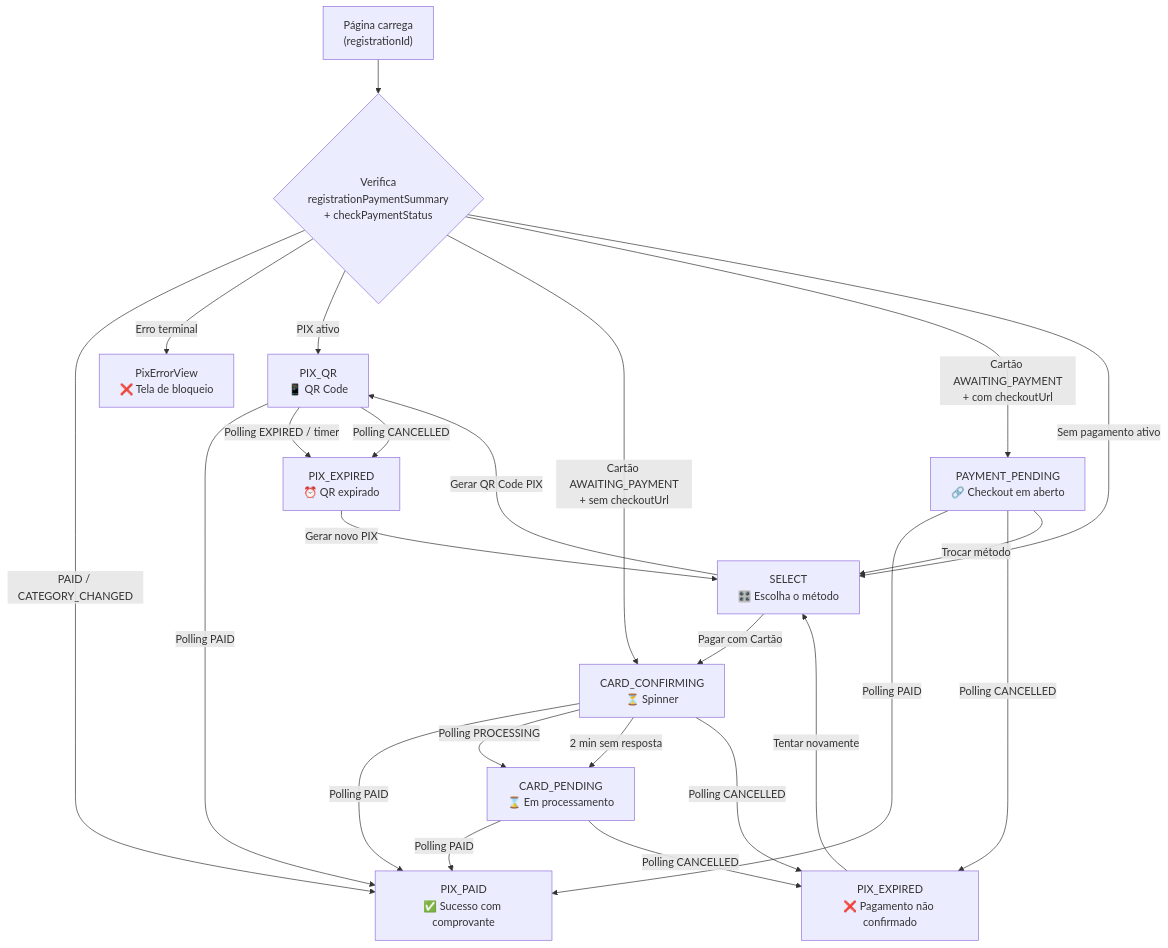
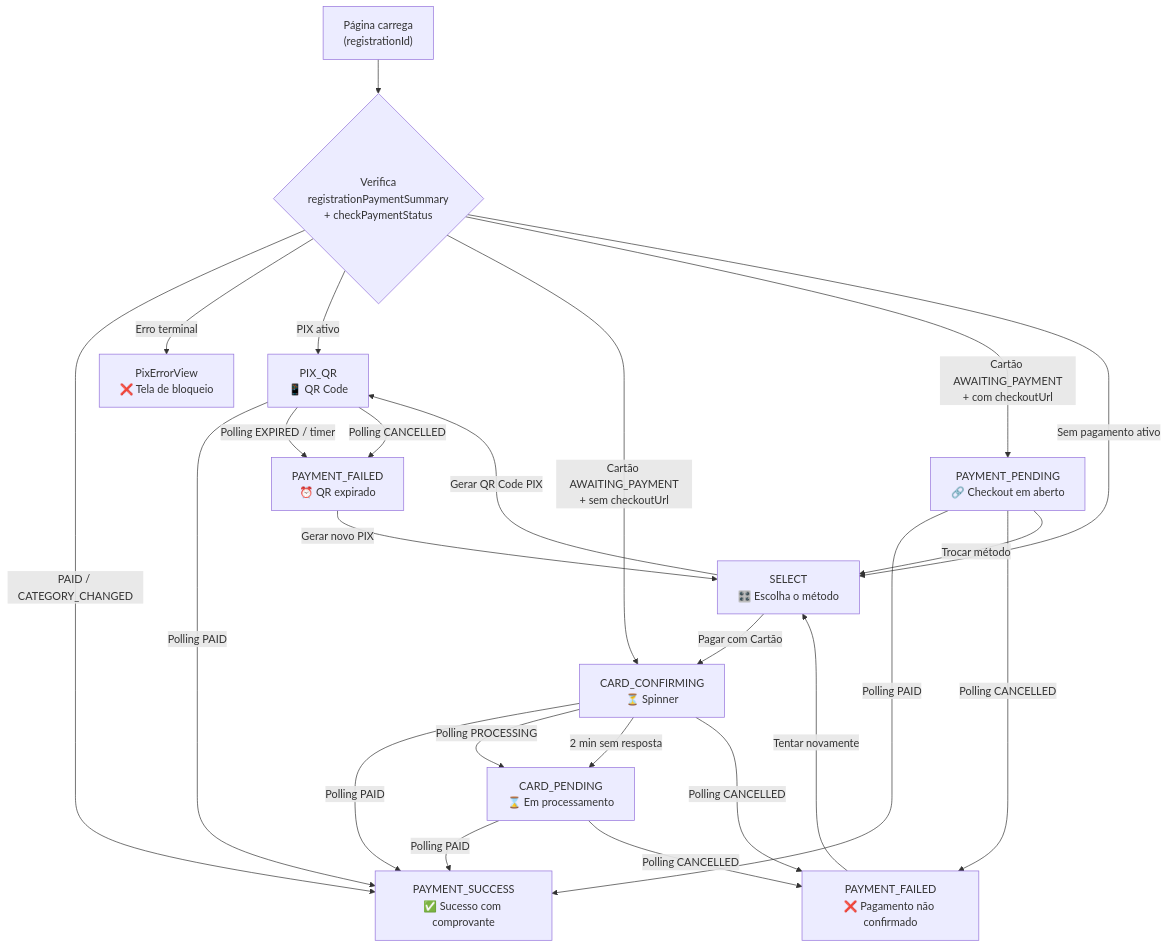
Before and after one commit to israelvcb/passogiro-mintlify-docs: the diagram in sistema/telas-pagamento.mdx, drawn with Mermaid. The commit also changed other lines of this file, not shown here.

Commit message:
fix: atualizar nomenclaturas de estados de pagamento na documentação

````diff
--- a/sistema/telas-pagamento.mdx
+++ b/sistema/telas-pagamento.mdx
@@ -12,27 +12,27 @@
 ```mermaid
 flowchart TD
   LOAD["Página carrega\n(registrationId)"] --> CHECK{Verifica\nregistrationPaymentSummary\n+ checkPaymentStatus}
-  CHECK -->|PAID / CATEGORY_CHANGED| SUCCESS["PIX_PAID\n✅ Sucesso com comprovante"]
+  CHECK -->|PAID / CATEGORY_CHANGED| SUCCESS["PAYMENT_SUCCESS\n✅ Sucesso com comprovante"]
   CHECK -->|Erro terminal| ERR["PixErrorView\n❌ Tela de bloqueio"]
   CHECK -->|PIX ativo| QR["PIX_QR\n📱 QR Code"]
   CHECK -->|Cartão AWAITING_PAYMENT\n+ sem checkoutUrl| CF["CARD_CONFIRMING\n⏳ Spinner"]
   CHECK -->|Cartão AWAITING_PAYMENT\n+ com checkoutUrl| PP["PAYMENT_PENDING\n🔗 Checkout em aberto"]
   CHECK -->|Sem pagamento ativo| SEL["SELECT\n🎛️ Escolha o método"]
 
   SEL -->|"Gerar QR Code PIX"| QR
   SEL -->|"Pagar com Cartão"| CF
   QR -->|Polling PAID| SUCCESS
-  QR -->|Polling EXPIRED / timer| EXP["PIX_EXPIRED\n⏰ QR expirado"]
+  QR -->|Polling EXPIRED / timer| EXP["PAYMENT_FAILED\n⏰ QR expirado"]
   QR -->|Polling CANCELLED| EXP
   EXP -->|"Gerar novo PIX"| SEL
   CF -->|Polling PAID| SUCCESS
   CF -->|Polling PROCESSING| CP["CARD_PENDING\n⌛ Em processamento"]
   CF -->|"2 min sem resposta"| CP
-  CF -->|Polling CANCELLED| EXP2["PIX_EXPIRED\n❌ Pagamento não confirmado"]
+  CF -->|Polling CANCELLED| EXP2["PAYMENT_FAILED\n❌ Pagamento não confirmado"]
   CP -->|Polling PAID| SUCCESS
   CP -->|Polling CANCELLED| EXP2
   PP -->|Polling PAID| SUCCESS
   PP -->|Polling CANCELLED| EXP2
   PP -->|"Trocar método"| SEL
   EXP2 -->|"Tentar novamente"| SEL
 ```
````
